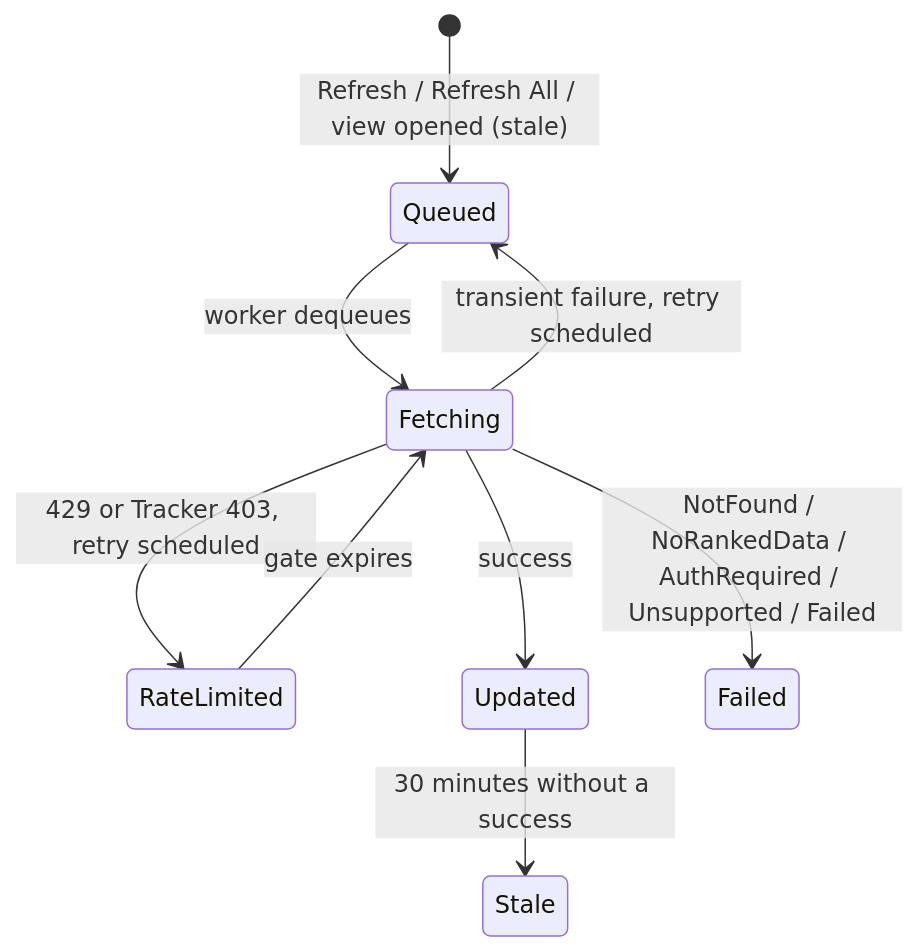
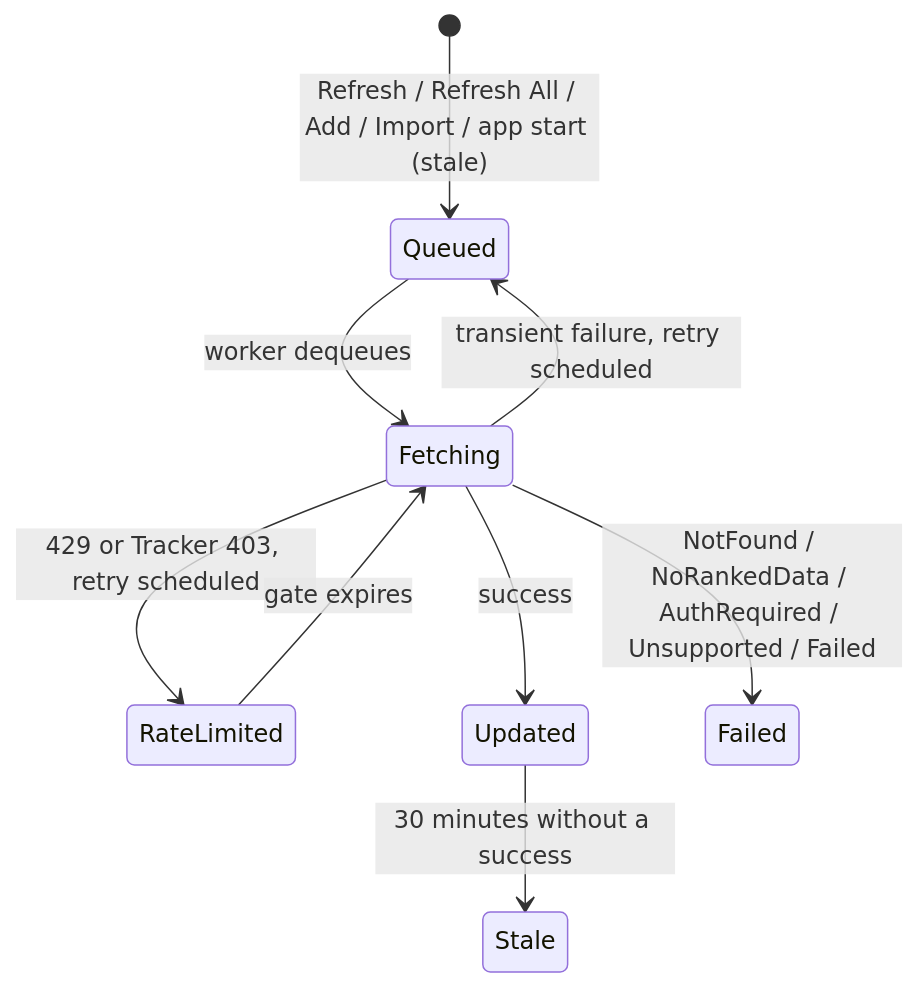
Before and after one commit to larrythemobster/OmniStats: the diagram in docs/ACCOUNT_MANAGER.md, drawn with Mermaid. The commit also changed other lines of this file and 5 other files, not shown here.

````diff
--- a/docs/ACCOUNT_MANAGER.md
+++ b/docs/ACCOUNT_MANAGER.md
@@ -65,11 +65,11 @@
 ```mermaid
 stateDiagram-v2
-    [*] --> Queued: Refresh / Refresh All / view opened (stale)
+    [*] --> Queued: Refresh / Refresh All / Add / Import / app start (stale)
     Queued --> Fetching: worker dequeues
     Fetching --> Queued: transient failure, retry scheduled
     Fetching --> RateLimited: 429 or Tracker 403, retry scheduled
     RateLimited --> Fetching: gate expires
     Fetching --> Updated: success
     Fetching --> Failed: NotFound / NoRankedData / AuthRequired / Unsupported / Failed
     Updated --> Stale: 30 minutes without a success
 ```
````
